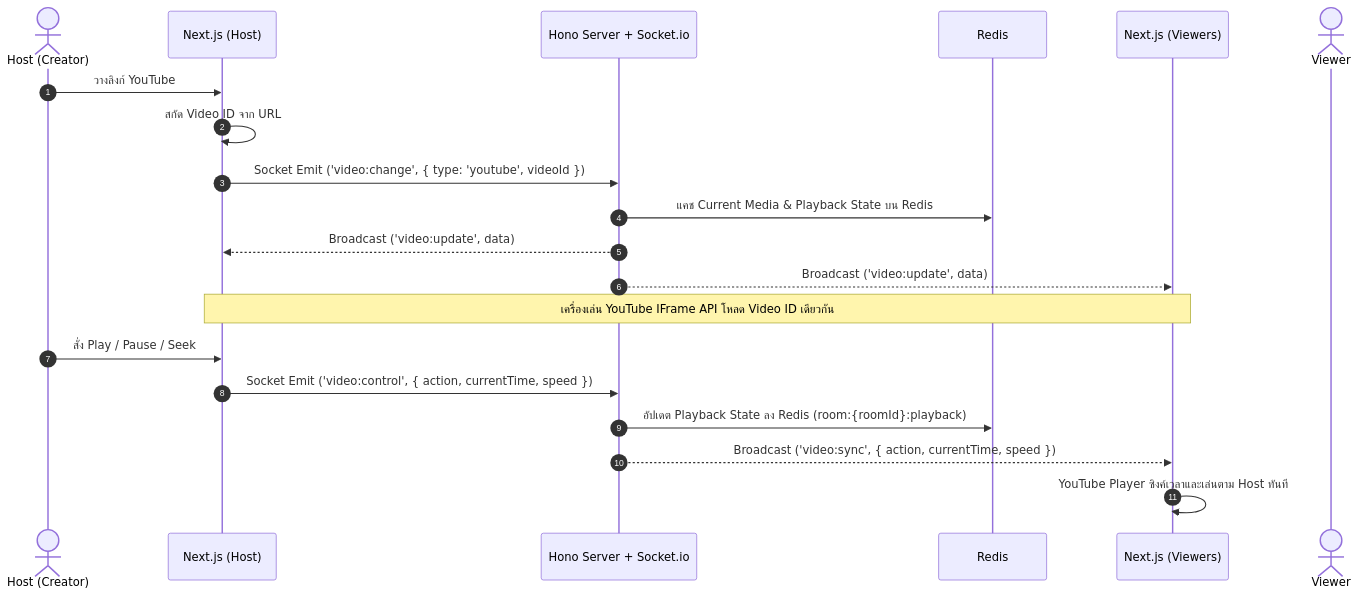
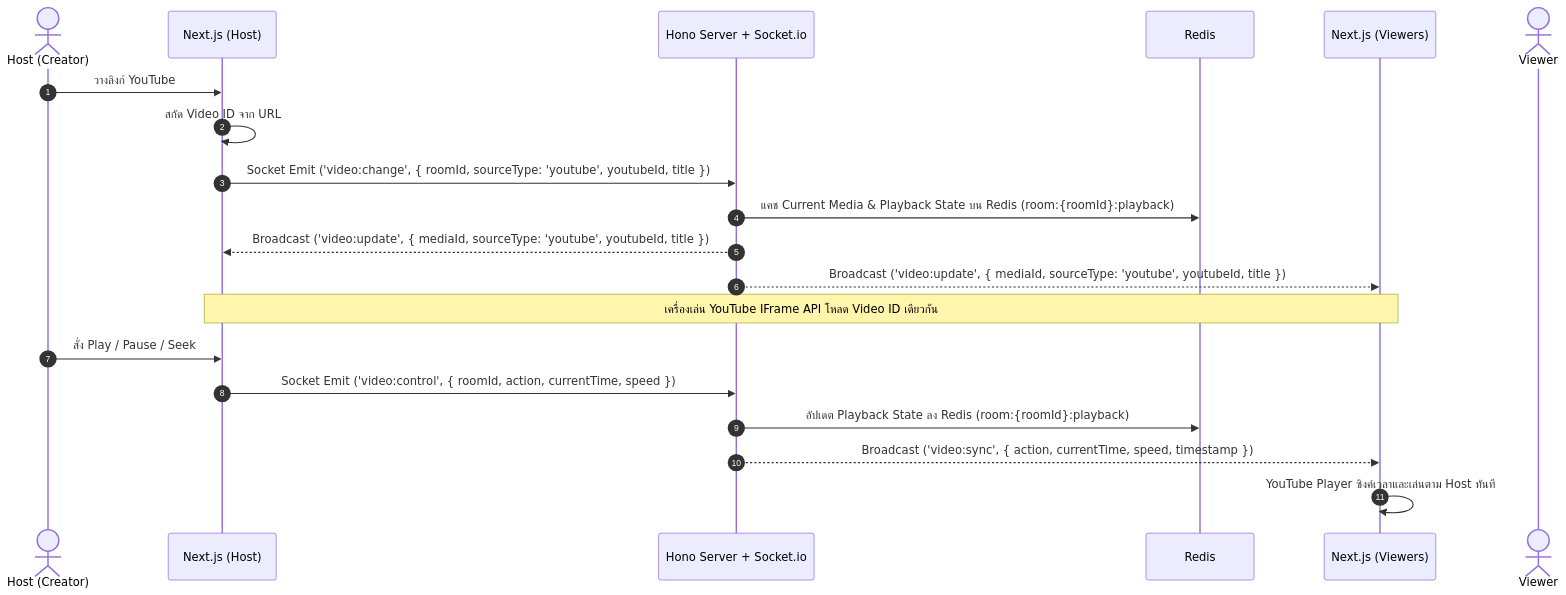
Before and after one commit to PeterGamez/YouStream: the first of 4 diagrams in SRS.md, drawn with Mermaid. The commit also changed other lines of this file and 1 other file, not shown here.

````diff
--- a/SRS.md
+++ b/SRS.md
@@ -151,23 +151,23 @@
 ```mermaid
 sequenceDiagram
     autonumber
     actor Host as Host (Creator)
     participant FE_Host as Next.js (Host)
     participant BE as Hono Server + Socket.io
     participant Redis as Redis
     participant FE_Viewer as Next.js (Viewers)
     actor Viewer as Viewer
 
     Host->>FE_Host: วางลิงก์ YouTube
     FE_Host->>FE_Host: สกัด Video ID จาก URL
-    FE_Host->>BE: Socket Emit ('video:change', { type: 'youtube', videoId })
-    BE->>Redis: แคช Current Media & Playback State บน Redis
-    BE-->>FE_Host: Broadcast ('video:update', data)
-    BE-->>FE_Viewer: Broadcast ('video:update', data)
+    FE_Host->>BE: Socket Emit ('video:change', { roomId, sourceType: 'youtube', youtubeId, title })
+    BE->>Redis: แคช Current Media & Playback State บน Redis (room:{roomId}:playback)
+    BE-->>FE_Host: Broadcast ('video:update', { mediaId, sourceType: 'youtube', youtubeId, title })
+    BE-->>FE_Viewer: Broadcast ('video:update', { mediaId, sourceType: 'youtube', youtubeId, title })
     Note over FE_Host, FE_Viewer: เครื่องเล่น YouTube IFrame API โหลด Video ID เดียวกัน
     Host->>FE_Host: สั่ง Play / Pause / Seek
-    FE_Host->>BE: Socket Emit ('video:control', { action, currentTime, speed })
+    FE_Host->>BE: Socket Emit ('video:control', { roomId, action, currentTime, speed })
     BE->>Redis: อัปเดต Playback State ลง Redis (room:{roomId}:playback)
-    BE-->>FE_Viewer: Broadcast ('video:sync', { action, currentTime, speed })
+    BE-->>FE_Viewer: Broadcast ('video:sync', { action, currentTime, speed, timestamp })
     FE_Viewer->>FE_Viewer: YouTube Player ซิงค์เวลาและเล่นตาม Host ทันที
 ```
````
